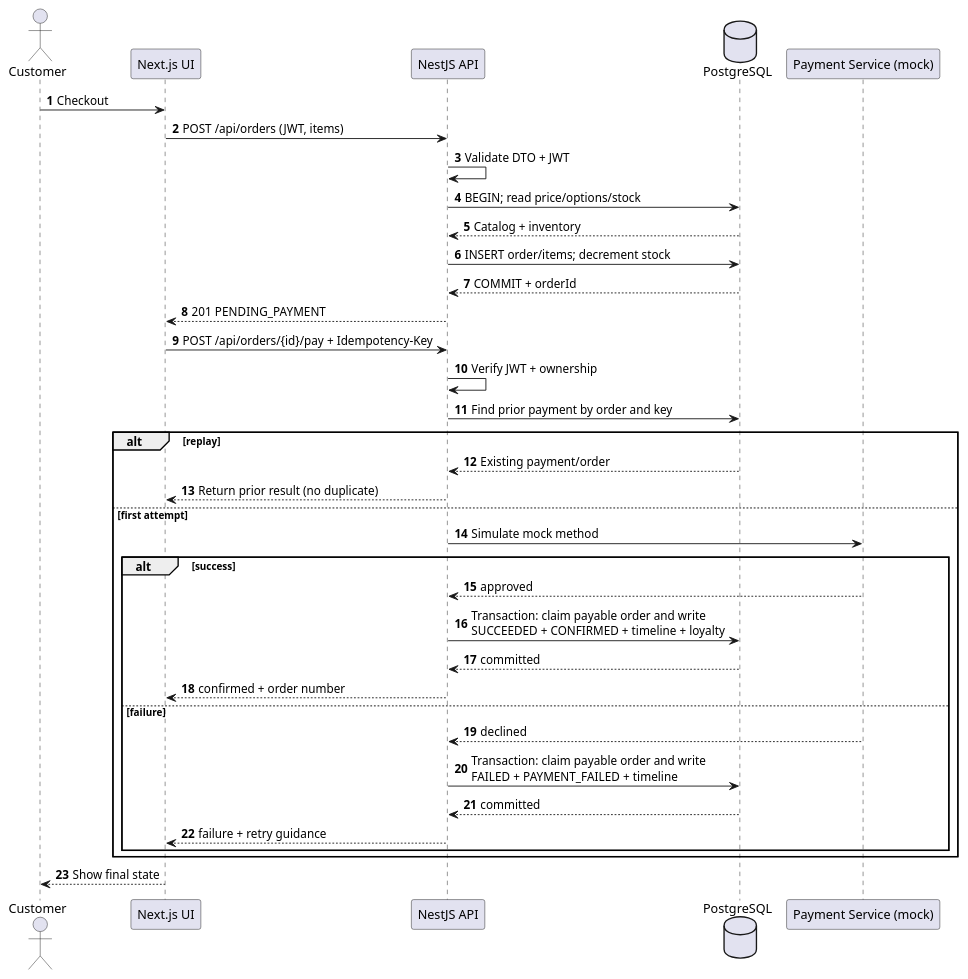
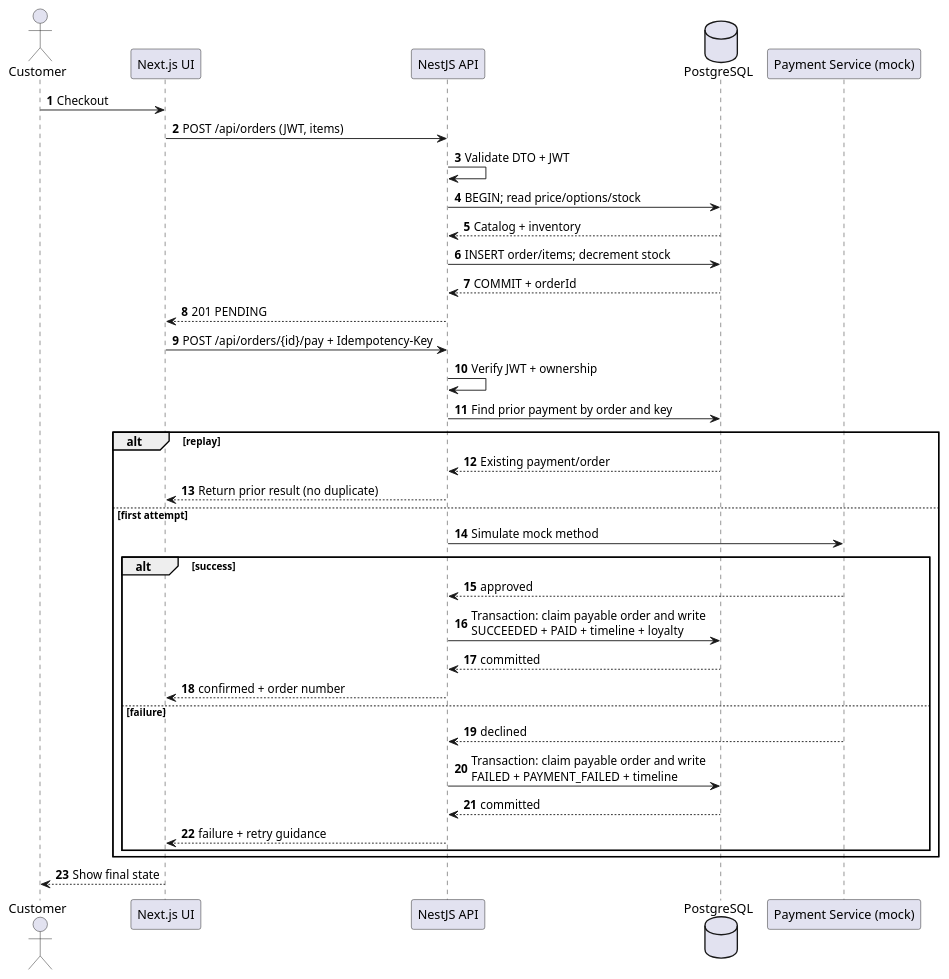
Before and after one commit to Myngoc09/assignment2_brewlite: the diagram in docs/diagrams/sequence-checkout.puml, drawn with PlantUML. The commit also changed 21 other files, not shown here.

```diff
--- a/docs/diagrams/sequence-checkout.puml
+++ b/docs/diagrams/sequence-checkout.puml
@@ -1,37 +1,37 @@
 @startuml
 autonumber
 actor Customer
 participant "Next.js UI" as UI
 participant "NestJS API" as API
 database PostgreSQL as DB
 participant "Payment Service (mock)" as Pay
 Customer -> UI: Checkout
 UI -> API: POST /api/orders (JWT, items)
 API -> API: Validate DTO + JWT
 API -> DB: BEGIN; read price/options/stock
 DB --> API: Catalog + inventory
 API -> DB: INSERT order/items; decrement stock
 DB --> API: COMMIT + orderId
-API --> UI: 201 PENDING_PAYMENT
+API --> UI: 201 PENDING
 UI -> API: POST /api/orders/{id}/pay + Idempotency-Key
 API -> API: Verify JWT + ownership
 API -> DB: Find prior payment by order and key
 alt replay
  DB --> API: Existing payment/order
  API --> UI: Return prior result (no duplicate)
 else first attempt
  API -> Pay: Simulate mock method
  alt success
   Pay --> API: approved
-  API -> DB: Transaction: claim payable order and write\nSUCCEEDED + CONFIRMED + timeline + loyalty
+  API -> DB: Transaction: claim payable order and write\nSUCCEEDED + PAID + timeline + loyalty
   DB --> API: committed
   API --> UI: confirmed + order number
  else failure
   Pay --> API: declined
   API -> DB: Transaction: claim payable order and write\nFAILED + PAYMENT_FAILED + timeline
   DB --> API: committed
   API --> UI: failure + retry guidance
  end
 end
 UI --> Customer: Show final state
 @enduml
```
